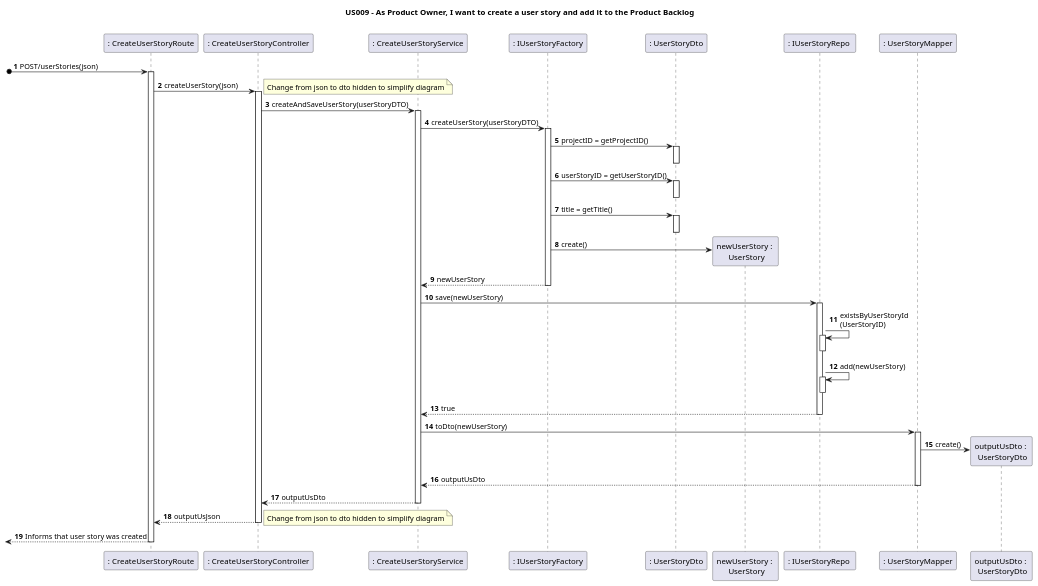
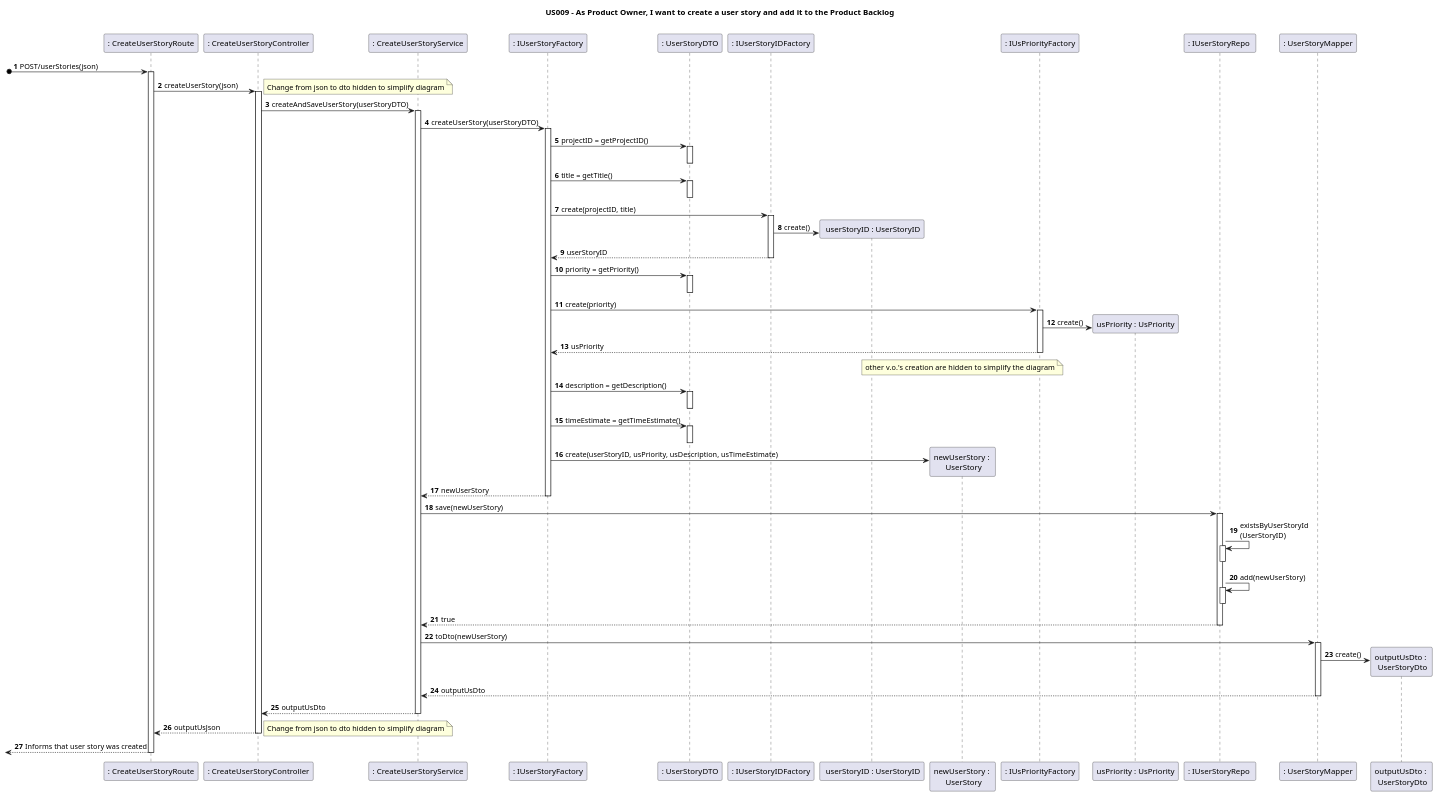
Before and after one commit to nunogon1211787/projectManagement: the diagram in docs/Sprint1/US009/US009RE-SD.puml, drawn with PlantUML. The commit also changed 40 other files, not shown here.

Commit message:
US009 - refactor Sequence Diagram (addresses #137)

```diff
--- a/docs/Sprint1/US009/US009RE-SD.puml
+++ b/docs/Sprint1/US009/US009RE-SD.puml
@@ -1,55 +1,72 @@
 @startuml
 'https://plantuml.com/sequence-diagram
 
 title US009 - As Product Owner, I want to create a user story and add it to the Product Backlog
 
 autoactivate on
 autonumber
 
 
 participant ": CreateUserStoryRoute" as System
 participant ": CreateUserStoryController" as Ctrl
 participant ": CreateUserStoryService" as appService
 participant ": IUserStoryFactory" as factory
-participant ": UserStoryDto" as usDto
+participant ": UserStoryDTO" as usDto
+participant ": IUserStoryIDFactory" as IusID
+participant " userStoryID : UserStoryID" as usID
 participant "newUserStory : \n UserStory" as us
+participant ": IUsPriorityFactory" as IusPrio
+participant "usPriority : UsPriority" as usPrio
 participant ": IUserStoryRepo " as usStore
 participant ": UserStoryMapper" as usMapper
 participant "outputUsDto : \n UserStoryDto" as outDto
 
 
 
 [o-> System: POST/userStories(json)
 System -> Ctrl: createUserStory(json)
 note right
 Change from json to dto hidden to simplify diagram
 end note
 Ctrl -> appService: createAndSaveUserStory(userStoryDTO)
 appService -> factory:  createUserStory(userStoryDTO)
 factory -> usDto: projectID = getProjectID()
 deactivate
-factory -> usDto: userStoryID = getUserStoryID()
-deactivate
 factory -> usDto: title = getTitle()
 deactivate
+factory -> IusID: create(projectID, title)
+ IusID-> usID **: create()
+ IusID--> factory : userStoryID
 
-factory -> us **: create()
+factory-> usDto: priority = getPriority()
+deactivate
+factory -> IusPrio: create(priority)
+ IusPrio-> usPrio **: create()
+ IusPrio--> factory : usPriority
+ note over us: other v.o.'s creation  are hidden to simplify the diagram
+factory-> usDto: description = getDescription()
+ deactivate
+ factory-> usDto: timeEstimate = getTimeEstimate()
+  deactivate
+
+
+factory -> us **: create(userStoryID, usPriority, usDescription, usTimeEstimate)
 factory --> appService: newUserStory
 
 appService-> usStore: save(newUserStory)
 usStore-> usStore: existsByUserStoryId\n(UserStoryID)
 deactivate
 usStore-> usStore: add(newUserStory)
 deactivate
 usStore --> appService : true
 appService-> usMapper : toDto(newUserStory)
 usMapper-> outDto **:create()
 usMapper --> appService: outputUsDto
 appService --> Ctrl: outputUsDto
 Ctrl --> System: outputUsJson
 note right
 Change from json to dto hidden to simplify diagram
 end note
 [<--System : Informs that user story was created
 
 @enduml
```
